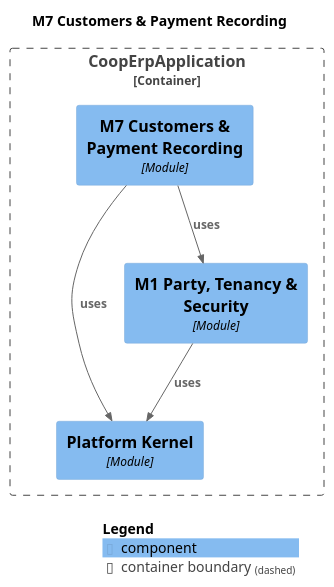
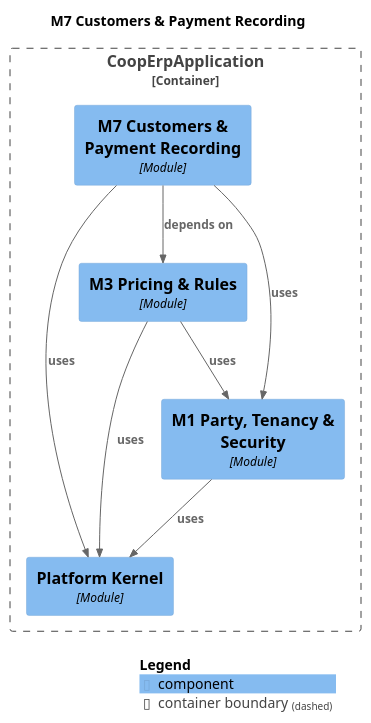
The diagram in docs/modules/module-m7customers.puml (Knoweb/COOP_ERP), drawn with PlantUML before and after one commit. The commit also changed 48 other files, not shown here.

```diff
--- a/docs/modules/module-m7customers.puml
+++ b/docs/modules/module-m7customers.puml
@@ -1,22 +1,26 @@
 @startuml
 set separator none
 title M7 Customers & Payment Recording
 
 top to bottom direction
 
 !include <C4/C4>
 !include <C4/C4_Context>
 !include <C4/C4_Component>
 
 Container_Boundary("CoopErpApplication.CoopErpApplication_boundary", "CoopErpApplication", $tags="") {
   Component(CoopErpApplication.CoopErpApplication.M7CustomersPaymentRecording, "M7 Customers & Payment Recording", $techn="Module", $descr="", $tags="", $link="")
   Component(CoopErpApplication.CoopErpApplication.PlatformKernel, "Platform Kernel", $techn="Module", $descr="", $tags="", $link="")
   Component(CoopErpApplication.CoopErpApplication.M1PartyTenancySecurity, "M1 Party, Tenancy & Security", $techn="Module", $descr="", $tags="", $link="")
+  Component(CoopErpApplication.CoopErpApplication.M3PricingRules, "M3 Pricing & Rules", $techn="Module", $descr="", $tags="", $link="")
 }
 
 Rel(CoopErpApplication.CoopErpApplication.M1PartyTenancySecurity, CoopErpApplication.CoopErpApplication.PlatformKernel, "uses", $techn="", $tags="", $link="")
+Rel(CoopErpApplication.CoopErpApplication.M3PricingRules, CoopErpApplication.CoopErpApplication.M1PartyTenancySecurity, "uses", $techn="", $tags="", $link="")
+Rel(CoopErpApplication.CoopErpApplication.M3PricingRules, CoopErpApplication.CoopErpApplication.PlatformKernel, "uses", $techn="", $tags="", $link="")
 Rel(CoopErpApplication.CoopErpApplication.M7CustomersPaymentRecording, CoopErpApplication.CoopErpApplication.M1PartyTenancySecurity, "uses", $techn="", $tags="", $link="")
+Rel(CoopErpApplication.CoopErpApplication.M7CustomersPaymentRecording, CoopErpApplication.CoopErpApplication.M3PricingRules, "depends on", $techn="", $tags="", $link="")
 Rel(CoopErpApplication.CoopErpApplication.M7CustomersPaymentRecording, CoopErpApplication.CoopErpApplication.PlatformKernel, "uses", $techn="", $tags="", $link="")
 
 SHOW_LEGEND(true)
 @enduml
```
